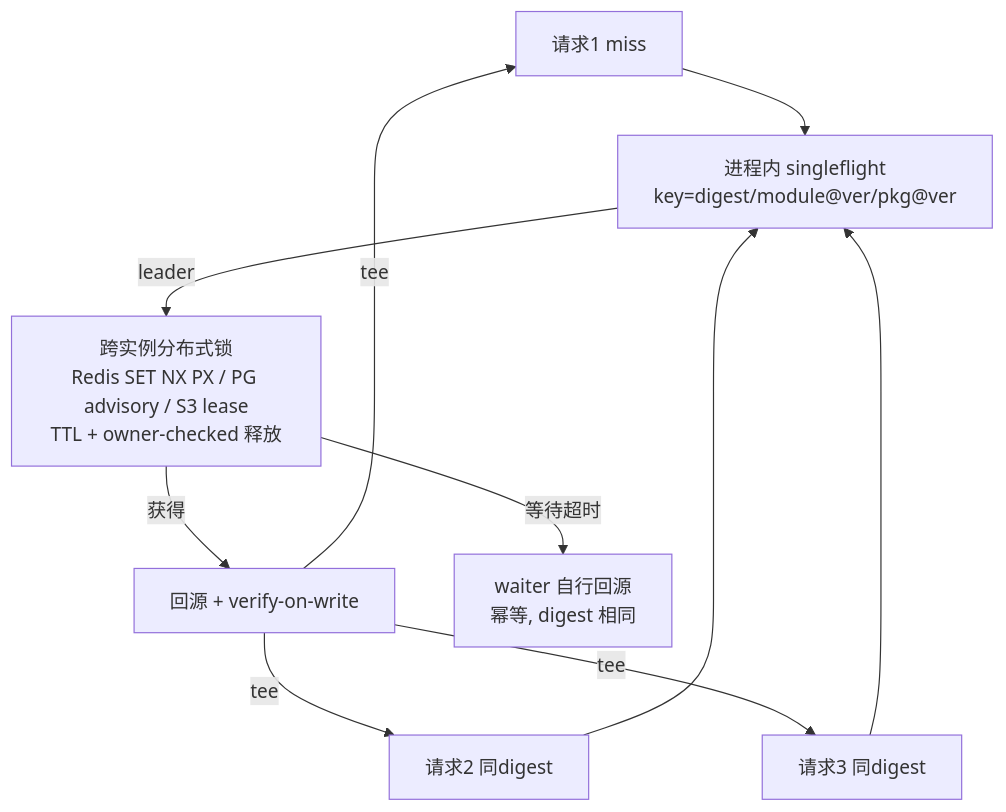
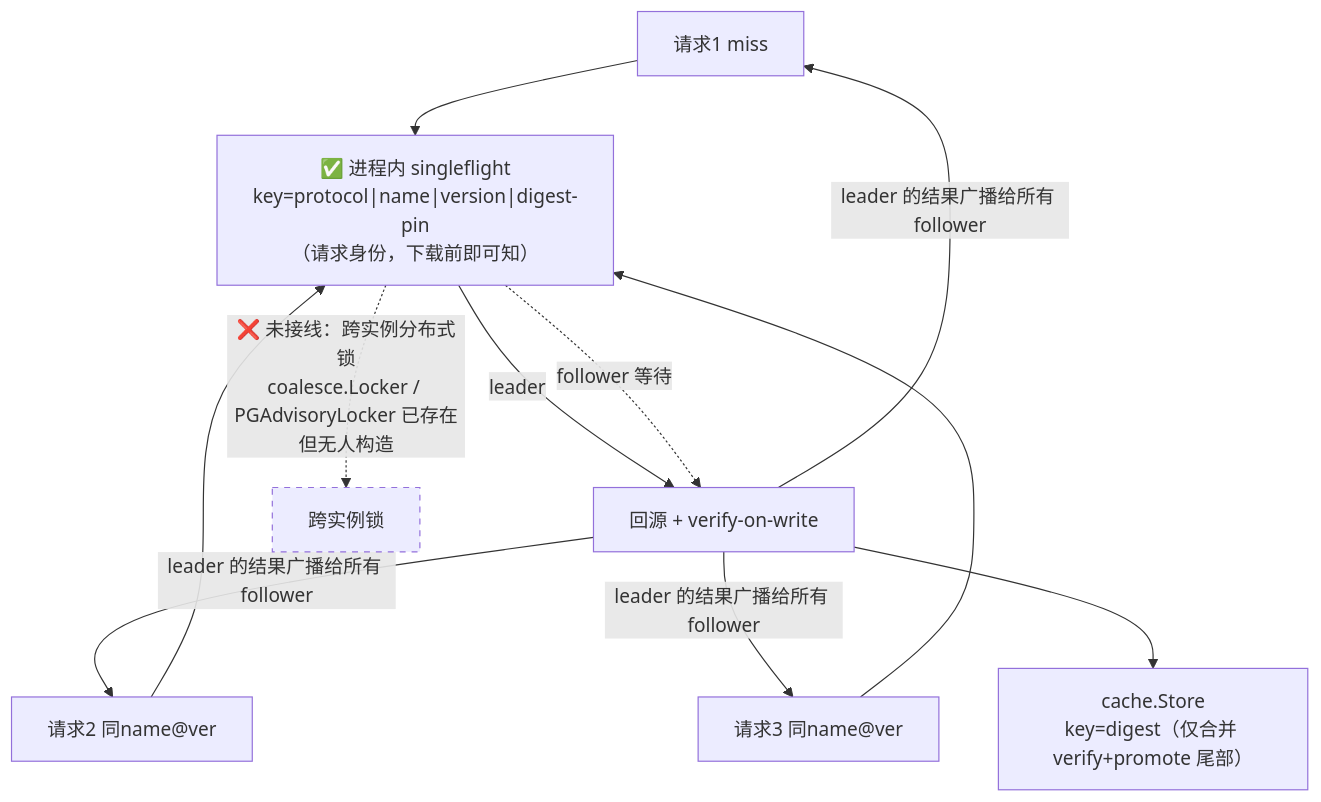
Before and after one commit to ivanzzeth/specula: the sixth of 10 diagrams in docs/ARCHITECTURE.md, drawn with Mermaid. The commit also changed other lines of this file and 24 other files, not shown here.

First line of the commit message:
fix: single-flight collapsed nothing expensive, and the TTL=0 sentinel was unreachable per-protocol

````diff
--- a/docs/ARCHITECTURE.md
+++ b/docs/ARCHITECTURE.md
@@ -276,8 +284,10 @@
 ```mermaid
 graph TB
-    r1[请求1 miss] & r2[请求2 同digest] & r3[请求3 同digest] --> sf[进程内 singleflight<br/>key=digest/module@ver/pkg@ver]
-    sf -->|leader| dl[跨实例分布式锁<br/>Redis SET NX PX / PG advisory / S3 lease<br/>TTL + owner-checked 释放]
-    dl -->|获得| fetch[回源 + verify-on-write]
-    dl -->|等待超时| fallback[waiter 自行回源<br/>幂等, digest 相同]
-    fetch -->|tee| r1 & r2 & r3
+    r1[请求1 miss] & r2[请求2 同name@ver] & r3[请求3 同name@ver] --> sf["✅ 进程内 singleflight<br/>key=protocol|name|version|digest-pin<br/>（请求身份，下载前即可知）"]
+    sf -->|leader| fetch[回源 + verify-on-write]
+    sf -.->|follower 等待| fetch
+    fetch -->|leader 的结果广播给所有 follower| r1 & r2 & r3
+    fetch --> store["cache.Store<br/>key=digest（仅合并 verify+promote 尾部）"]
+    sf -.->|"❌ 未接线：跨实例分布式锁<br/>coalesce.Locker / PGAdvisoryLocker 已存在但无人构造"| dl[跨实例锁]
+    style dl stroke-dasharray: 5 5
 ```
````
